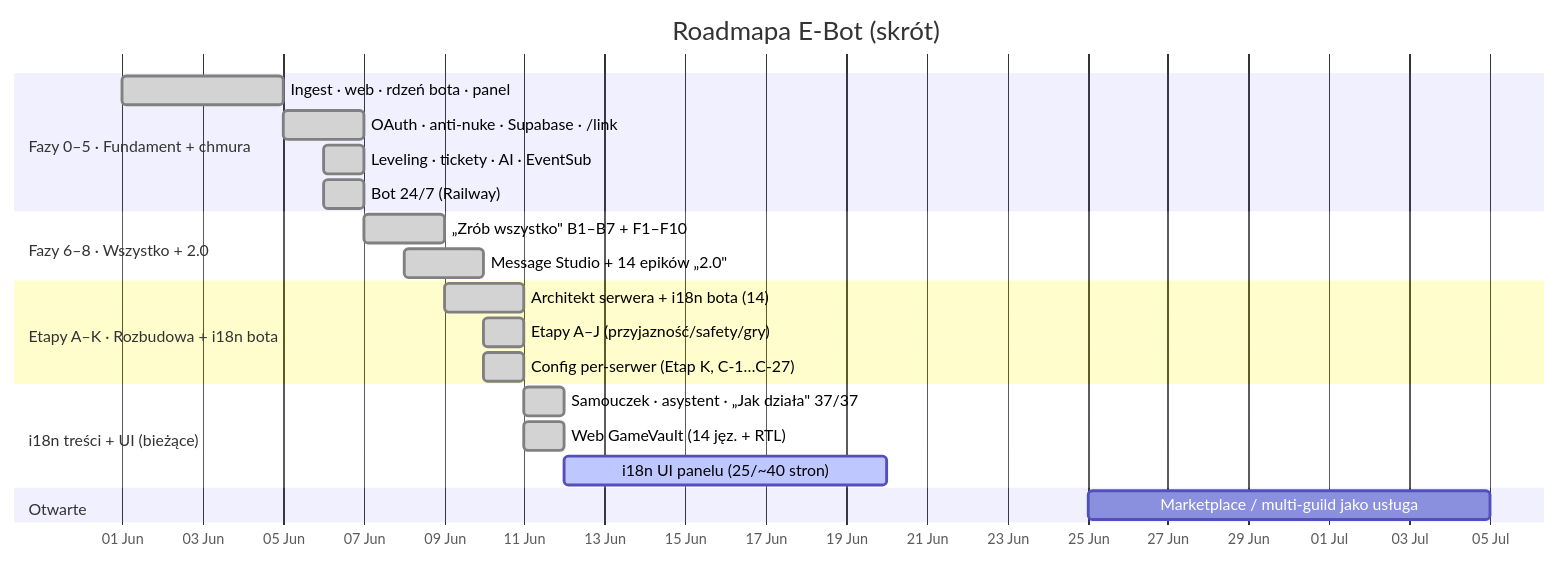
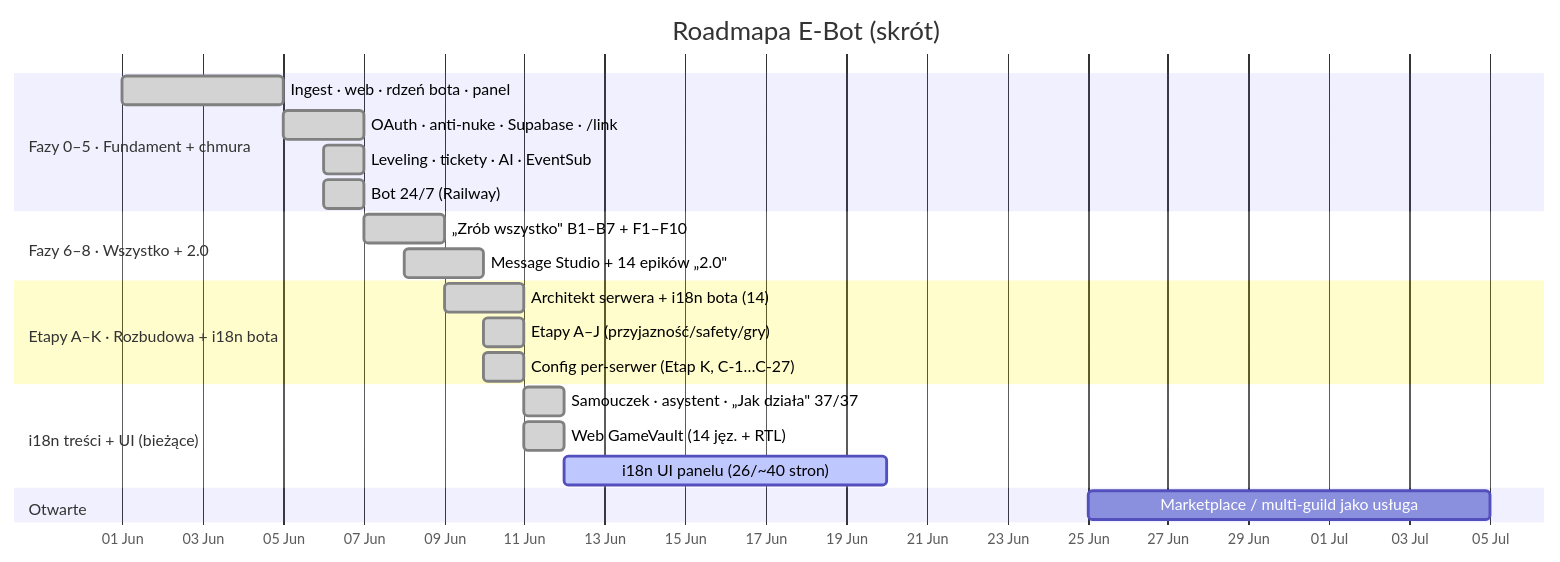
The first of 2 diagrams in docs/ROADMAP.md (Gh0s777tt/E-Bot), drawn with Mermaid before and after one commit. The commit also changed other lines of this file and 7 other files, not shown here.

````diff
--- a/docs/ROADMAP.md
+++ b/docs/ROADMAP.md
@@ -23,24 +23,24 @@
 ```mermaid
 gantt
   title Roadmapa E-Bot (skrót)
   dateFormat YYYY-MM-DD
   axisFormat %d %b
   section Fazy 0–5 · Fundament + chmura
   Ingest · web · rdzeń bota · panel    :done, f0, 2026-06-01, 4d
   OAuth · anti-nuke · Supabase · /link :done, f1, 2026-06-05, 2d
   Leveling · tickety · AI · EventSub   :done, f4, 2026-06-06, 1d
   Bot 24/7 (Railway)                   :done, f5, 2026-06-06, 1d
   section Fazy 6–8 · Wszystko + 2.0
   „Zrób wszystko" B1–B7 + F1–F10       :done, f7, 2026-06-07, 2d
   Message Studio + 14 epików „2.0"     :done, f8, 2026-06-08, 2d
   section Etapy A–K · Rozbudowa + i18n bota
   Architekt serwera + i18n bota (14)   :done, ek1, 2026-06-09, 2d
   Etapy A–J (przyjazność/safety/gry)   :done, ek2, 2026-06-10, 1d
   Config per-serwer (Etap K, C-1…C-27) :done, ek3, 2026-06-10, 1d
   section i18n treści + UI (bieżące)
   Samouczek · asystent · „Jak działa" 37/37 :done, i1, 2026-06-11, 1d
   Web GameVault (14 jęz. + RTL)        :done, i2, 2026-06-11, 1d
-  i18n UI panelu (25/~40 stron)        :active, i3, 2026-06-12, 8d
+  i18n UI panelu (26/~40 stron)        :active, i3, 2026-06-12, 8d
   section Otwarte
   Marketplace / multi-guild jako usługa :        mk, 2026-06-25, 10d
 ```
````
